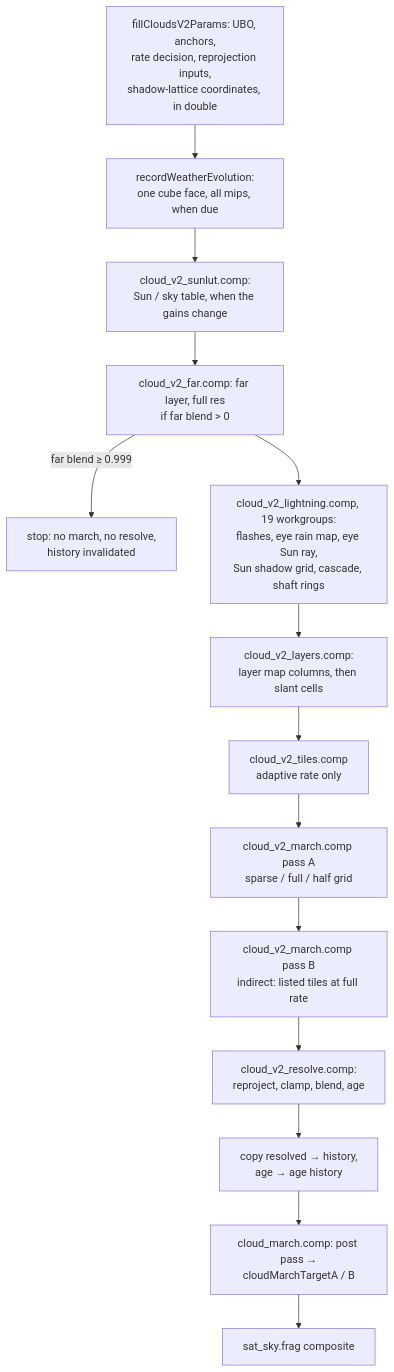
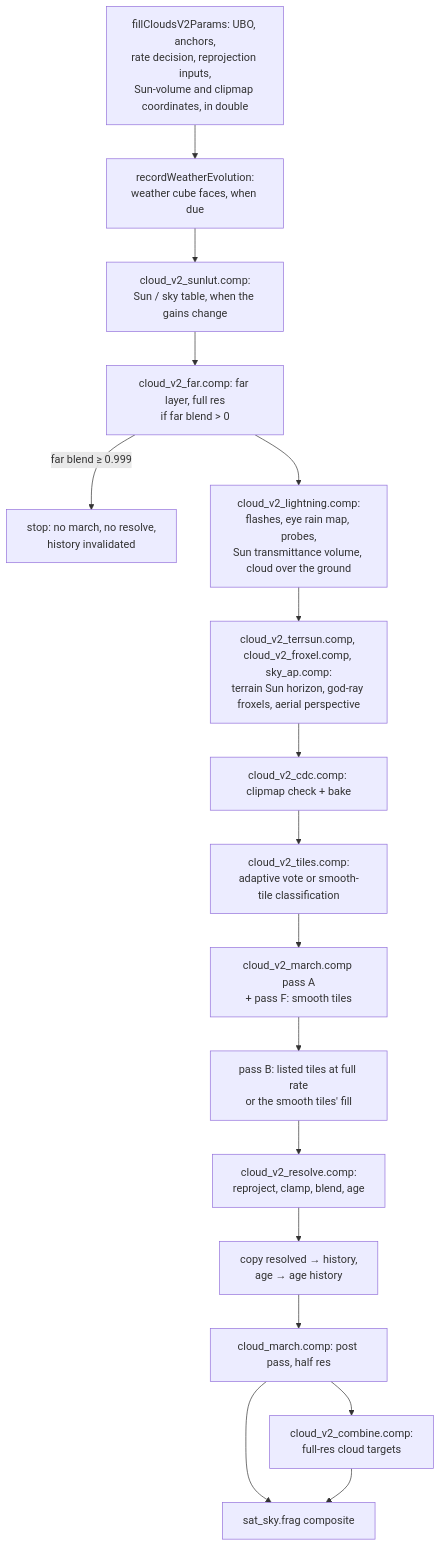
Before and after one commit to largepizza/SAT_LIGHT_SIM: the first of 2 diagrams in wiki/rendering/clouds/temporal.md, drawn with Mermaid. The commit also changed other lines of this file and 4 other files, not shown here.

Commit message:
wiki: clouds pages: Sun transmittance volume, multiple scattering, full-res grid, storms in the cloud field

````diff
--- a/wiki/rendering/clouds/temporal.md
+++ b/wiki/rendering/clouds/temporal.md
@@ -15,16 +16,19 @@
 ```mermaid
 flowchart TD
-  P[fillCloudsV2Params: UBO, anchors,<br/>rate decision, reprojection inputs,<br/>shadow-lattice coordinates, in double] --> E[recordWeatherEvolution:<br/>one cube face, all mips, when due]
+  P[fillCloudsV2Params: UBO, anchors,<br/>rate decision, reprojection inputs,<br/>Sun-volume and clipmap coordinates, in double] --> E[recordWeatherEvolution:<br/>weather cube faces, when due]
   E --> LUT[cloud_v2_sunlut.comp:<br/>Sun / sky table, when the gains change]
   LUT --> FAR[cloud_v2_far.comp: far layer, full res<br/>if far blend > 0]
   FAR -->|far blend ≥ 0.999| STOP[stop: no march, no resolve,<br/>history invalidated]
-  FAR --> LI[cloud_v2_lightning.comp, 19 workgroups:<br/>flashes, eye rain map, eye Sun ray,<br/>Sun shadow grid, cascade, shaft rings]
-  LI --> LM[cloud_v2_layers.comp:<br/>layer map columns, then slant cells]
-  LM --> TI[cloud_v2_tiles.comp<br/>adaptive rate only]
-  TI --> A[cloud_v2_march.comp pass A<br/>sparse / full / half grid]
-  A --> B[cloud_v2_march.comp pass B<br/>indirect: listed tiles at full rate]
+  FAR --> LI[cloud_v2_lightning.comp:<br/>flashes, eye rain map, probes,<br/>Sun transmittance volume, cloud over the ground]
+  LI --> TS[cloud_v2_terrsun.comp, cloud_v2_froxel.comp, sky_ap.comp:<br/>terrain Sun horizon, god-ray froxels, aerial perspective]
+  TS --> CDC[cloud_v2_cdc.comp: clipmap check + bake]
+  CDC --> TI[cloud_v2_tiles.comp:<br/>adaptive vote or smooth-tile classification]
+  TI --> A[cloud_v2_march.comp pass A<br/>+ pass F: smooth tiles]
+  A --> B[pass B: listed tiles at full rate<br/>or the smooth tiles' fill]
   B --> R[cloud_v2_resolve.comp:<br/>reproject, clamp, blend, age]
   R --> H[copy resolved → history,<br/>age → age history]
-  H --> CM[cloud_march.comp: post pass →<br/>cloudMarchTargetA / B]
+  H --> CM[cloud_march.comp: post pass, half res]
+  CM --> CB[cloud_v2_combine.comp:<br/>full-res cloud targets]
   CM --> SKY[sat_sky.frag composite]
+  CB --> SKY
 ```
````
